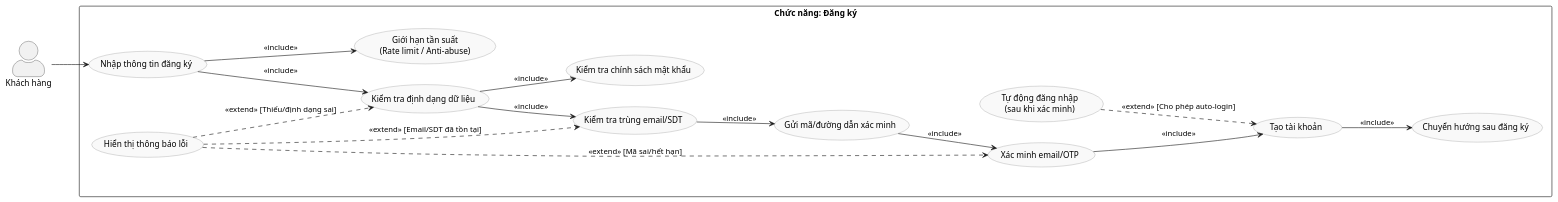
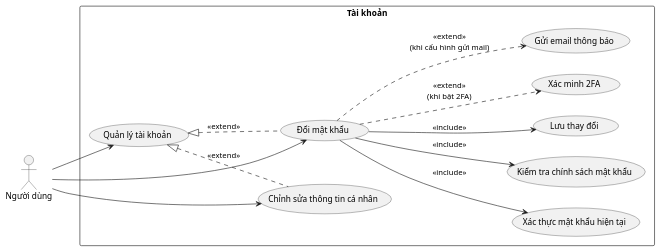
One commit to Pham-Van-Khiem-Toan-Tin/DATN changed the diagram in test.puml. Above: the diagram before and after it, drawn with PlantUML. The commit also changed 1 other file, not shown here.

Commit message:
add six usecase

```diff
--- a/test.puml
+++ b/test.puml
@@ -1,49 +1,36 @@
 @startuml
 left to right direction
-skinparam actorStyle awesome
-skinparam usecase {
-  BackgroundColor #F9F9F9
-  BorderColor #888
+
+actor "Người dùng" as User
+
+rectangle "Tài khoản" {
+  usecase UC_Manage as "Quản lý tài khoản"
+  usecase UC_ChangePwd as "Đổi mật khẩu"
+  usecase UC_Profile as "Chỉnh sửa thông tin cá nhân"
+
+  usecase UC_Auth as "Xác thực mật khẩu hiện tại"
+  usecase UC_Policy as "Kiểm tra chính sách mật khẩu"
+  usecase UC_Save as "Lưu thay đổi"
+  usecase UC_2FA as "Xác minh 2FA"
+  usecase UC_Email as "Gửi email thông báo"
 }
 
-actor "Khách hàng" as Customer
+' Kết nối mục tiêu trực tiếp
+User --> UC_ChangePwd
+User --> UC_Profile
+User --> UC_Manage
 
-rectangle "Chức năng: Đăng ký" {
-  ' --- Use cases chính/bắt buộc ---
-  usecase "Nhập thông tin đăng ký" as UC_Input
-  usecase "Giới hạn tần suất\n(Rate limit / Anti-abuse)" as UC_Rate
-  usecase "Kiểm tra định dạng dữ liệu" as UC_Validate
-  usecase "Kiểm tra chính sách mật khẩu" as UC_Policy
-  usecase "Kiểm tra trùng email/SDT" as UC_Unique
-  usecase "Gửi mã/đường dẫn xác minh" as UC_SendVerify
-  usecase "Xác minh email/OTP" as UC_Verify
-  usecase "Tạo tài khoản" as UC_Create
-  usecase "Chuyển hướng sau đăng ký" as UC_Redirect
+' (Tùy chọn) thể hiện nó nằm trong ngữ cảnh quản lý
+UC_Manage <|.. UC_ChangePwd : <<extend>>
+UC_Manage <|.. UC_Profile : <<extend>>
 
-  ' --- Nhánh tùy chọn / lỗi ---
-  usecase "Tự động đăng nhập\n(sau khi xác minh)" as UC_AutoLogin
-  usecase "Hiển thị thông báo lỗi" as UC_Error
-}
+' Luồng bắt buộc khi đổi mật khẩu
+UC_ChangePwd --> UC_Auth : <<include>>
+UC_ChangePwd --> UC_Policy : <<include>>
+UC_ChangePwd --> UC_Save : <<include>>
 
-' Actor khởi phát
-Customer --> UC_Input
-
-' --- Chuỗi bước bắt buộc (include) ---
-UC_Input   --> UC_Rate       : <<include>>
-UC_Input   --> UC_Validate   : <<include>>
-UC_Validate --> UC_Policy    : <<include>>
-UC_Validate --> UC_Unique    : <<include>>
-UC_Unique  --> UC_SendVerify : <<include>>
-UC_SendVerify --> UC_Verify  : <<include>>
-UC_Verify  --> UC_Create     : <<include>>
-UC_Create  --> UC_Redirect   : <<include>>
-
-' --- Nhánh tùy chọn ---
-UC_AutoLogin ..> UC_Create : <<extend>> [Cho phép auto-login]
-
-' --- Nhánh lỗi (extend) ---
-UC_Error ..> UC_Validate : <<extend>> [Thiếu/định dạng sai]
-UC_Error ..> UC_Unique   : <<extend>> [Email/SDT đã tồn tại]
-UC_Error ..> UC_Verify   : <<extend>> [Mã sai/hết hạn]
+' Nhánh điều kiện
+UC_ChangePwd ..> UC_2FA : <<extend>>\n(khi bật 2FA)
+UC_ChangePwd ..> UC_Email : <<extend>>\n(khi cấu hình gửi mail)
 
 @enduml
```
